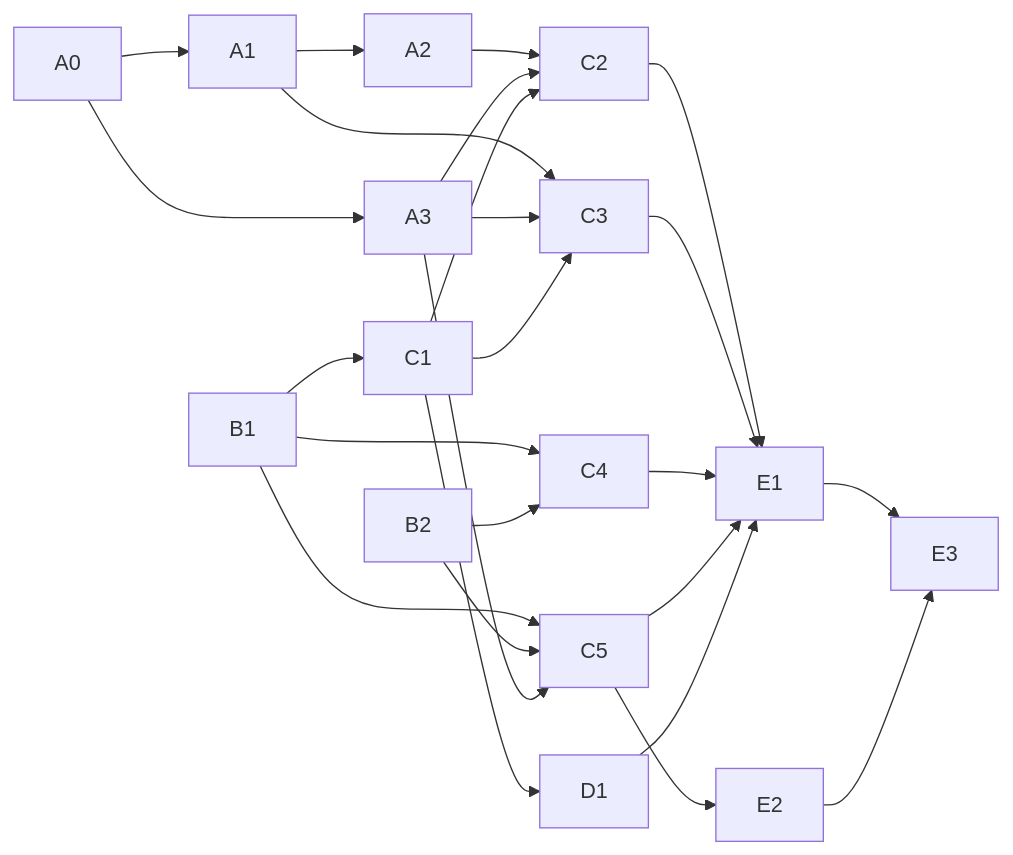
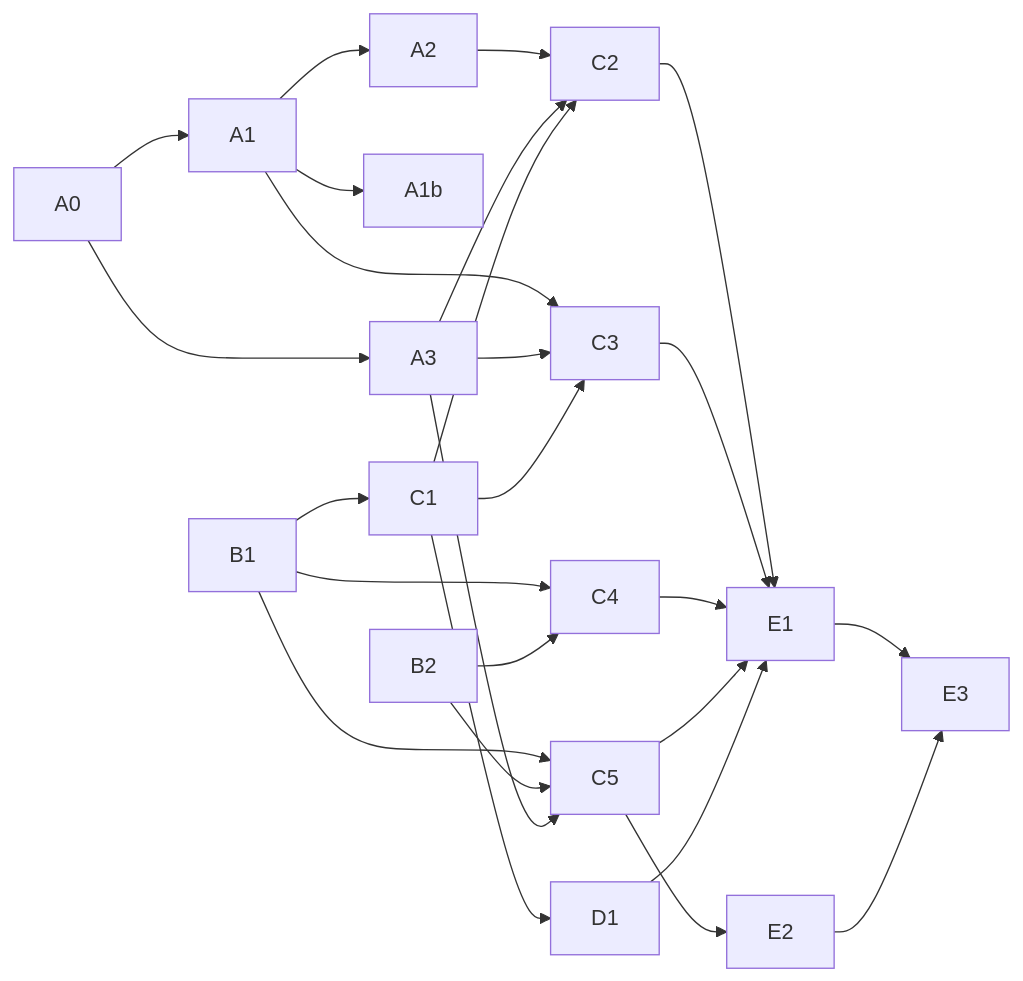
Before and after one commit to Ulzuhan/arveil: the diagram in docs/es/CLIENT_DESIGN.md, drawn with Mermaid. The commit also changed other lines of this file and 20 other files, not shown here.

````diff
--- a/docs/es/CLIENT_DESIGN.md
+++ b/docs/es/CLIENT_DESIGN.md
@@ -259,26 +265,27 @@
 ```mermaid
 flowchart LR
   A0 --> A1 --> A2
+  A1 --> A1b
   A0 --> A3
   B1 --> C1
   A2 --> C2
   A3 --> C2
   C1 --> C2
   A1 --> C3
   A3 --> C3
   C1 --> C3
   B1 --> C4
   B2 --> C4
   B1 --> C5
   B2 --> C5
   A3 --> C5
   C1 --> D1
   C2 --> E1
   C3 --> E1
   C4 --> E1
   C5 --> E1
   D1 --> E1
   C5 --> E2
   E1 --> E3
   E2 --> E3
 ```
````
